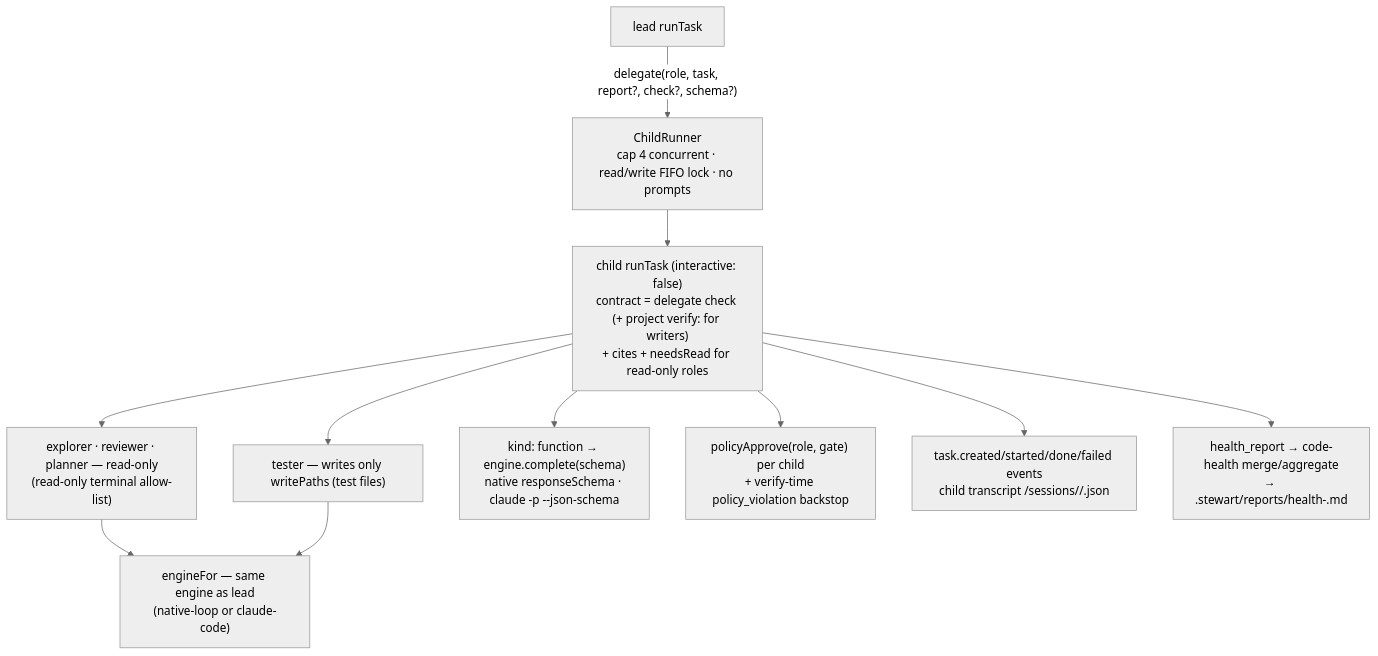
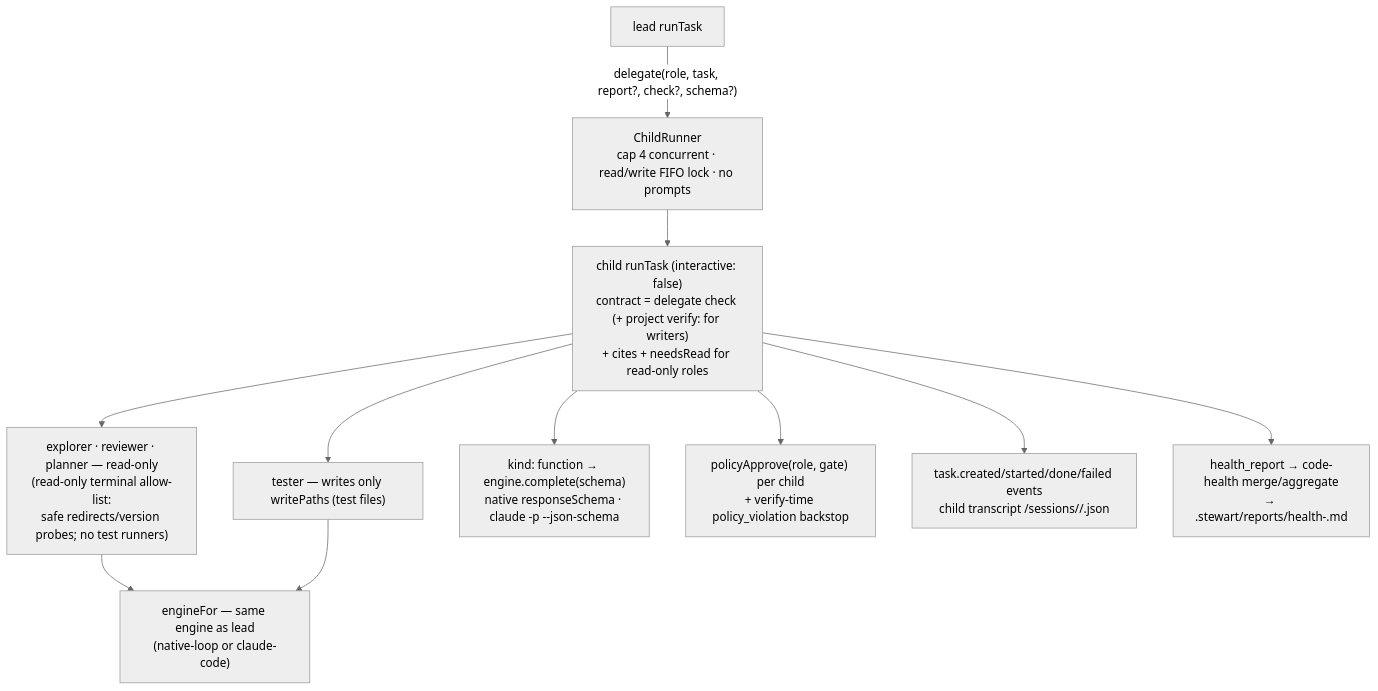
One commit to GDBryant/Stewart changed the fourth of 4 diagrams in docs/ARCHITECTURE_DIAGRAM.md. Above: the diagram before and after it, drawn with Mermaid (neutral theme). The commit also changed other lines of this file and 18 other files, not shown here.

````diff
--- a/docs/ARCHITECTURE_DIAGRAM.md
+++ b/docs/ARCHITECTURE_DIAGRAM.md
@@ -86,13 +90,13 @@
 ```mermaid
 flowchart TD
     LEAD["lead runTask"] -->|"delegate(role, task, report?, check?, schema?)"| CR["ChildRunner<br/>cap 4 concurrent · read/write FIFO lock · no prompts"]
     CR --> C["child runTask (interactive: false)<br/>contract = delegate check (+ project verify: for writers)<br/>+ cites + needsRead for read-only roles"]
-    C --> RO["explorer · reviewer · planner — read-only<br/>(read-only terminal allow-list)"]
+    C --> RO["explorer · reviewer · planner — read-only<br/>(read-only terminal allow-list:<br/>safe redirects/version probes; no test runners)"]
     C --> TST["tester — writes only writePaths (test files)"]
     C --> FN["kind: function → engine.complete(schema)<br/>native responseSchema · claude -p --json-schema"]
     RO --> ENG2["engineFor — same engine as lead<br/>(native-loop or claude-code)"]
     TST --> ENG2
     C --> POL["policyApprove(role, gate) per child<br/>+ verify-time policy_violation backstop"]
     C --> OUT["task.created/started/done/failed events<br/>child transcript <stateDir>/sessions/<sid>/<taskId>.json"]
     C --> HR["health_report → code-health merge/aggregate<br/>→ .stewart/reports/health-<runId>.md"]
 ```
````
